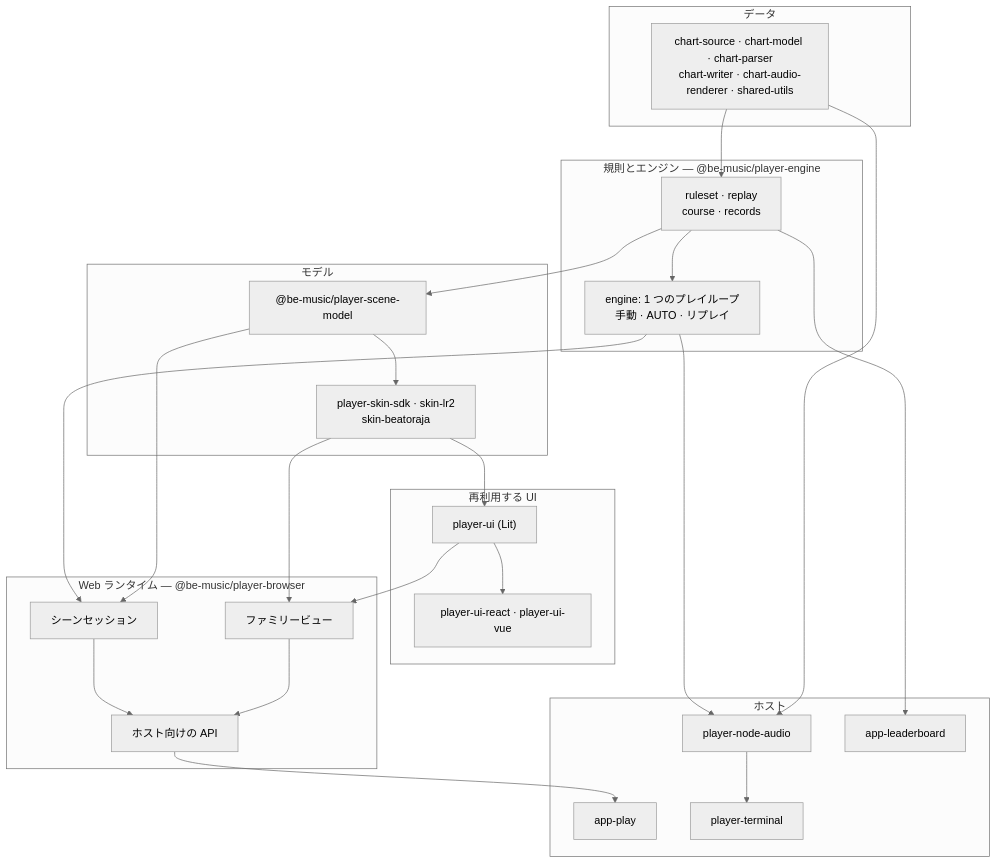
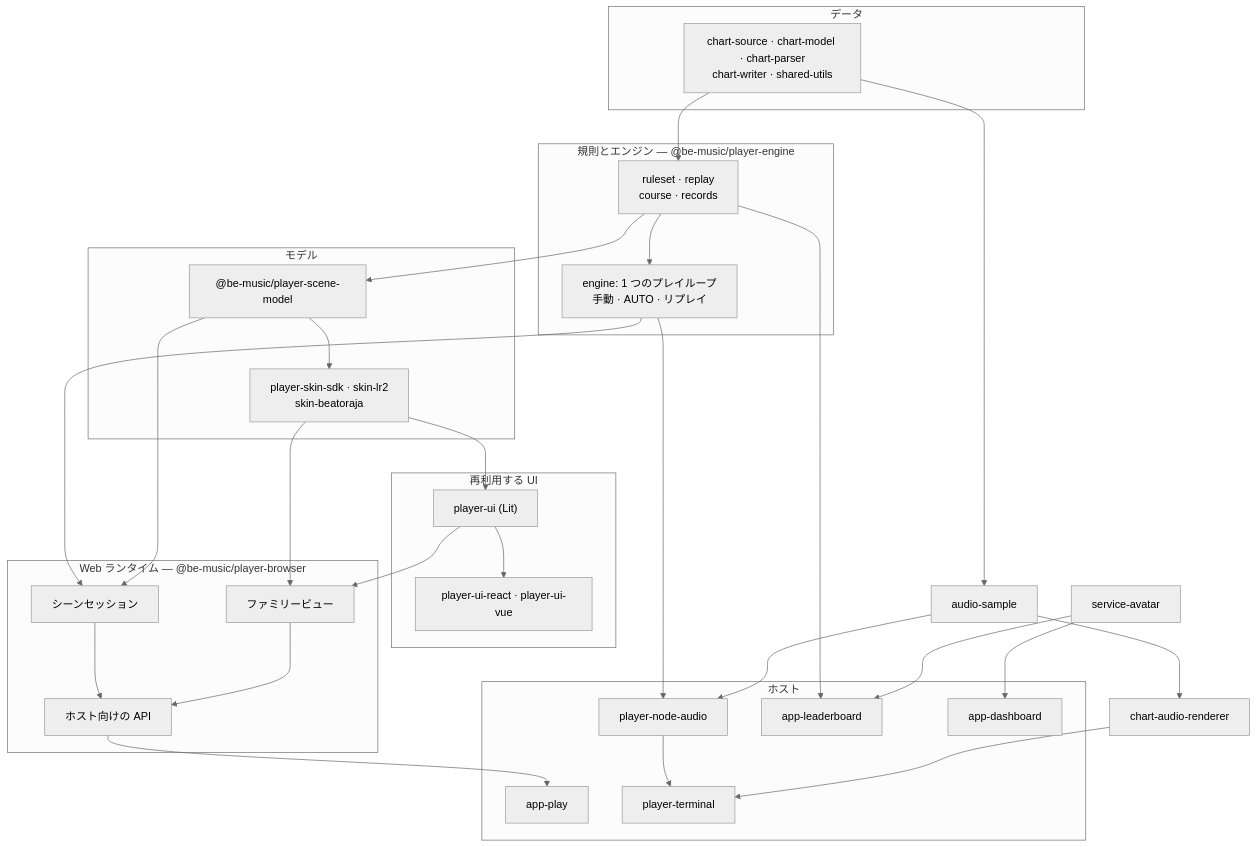
One commit to nulltask/be-music changed the third of 3 diagrams in docs/architecture.ja.md. Above: the diagram before and after it, drawn with Mermaid (neutral theme). The commit also changed other lines of this file and 55 other files, not shown here.

Commit message:
feat: extract shared avatar and audio sample packages

````diff
--- a/docs/architecture.ja.md
+++ b/docs/architecture.ja.md
@@ -183,44 +183,48 @@
 ```mermaid
 flowchart TD
   subgraph data["データ"]
-    d["chart-source · chart-model · chart-parser<br/>chart-writer · chart-audio-renderer · shared-utils"]
+    d["chart-source · chart-model · chart-parser<br/>chart-writer · shared-utils"]
   end
   subgraph domain["規則とエンジン — @be-music/player-engine"]
     rules["ruleset · replay<br/>course · records"]
     engine["engine: 1 つのプレイループ<br/>手動 · AUTO · リプレイ"]
   end
   subgraph models["モデル"]
     scene["@be-music/player-scene-model"]
     skins["player-skin-sdk · skin-lr2<br/>skin-beatoraja"]
   end
   subgraph presentation["再利用する UI"]
     ui["player-ui (Lit)"]
     wrappers["player-ui-react · player-ui-vue"]
   end
 
   subgraph web["Web ランタイム — @be-music/player-browser"]
     sessions["シーンセッション"]
     views["ファミリービュー"]
     hostApi["ホスト向けの API"]
   end
   subgraph hosts["ホスト"]
     player["app-play"]
     tui["player-terminal"]
     nodeaudio["player-node-audio"]
     lb["app-leaderboard"]
+    dashboard["app-dashboard"]
   end
 
   d --> rules --> engine
   rules --> scene --> skins
   engine --> sessions
   scene --> sessions
   skins --> views
   skins --> ui --> views
   ui --> wrappers
   sessions --> hostApi
   views --> hostApi
   hostApi --> player
   engine --> nodeaudio --> tui
-  d --> nodeaudio
+  d --> sample["audio-sample"] --> nodeaudio
+  sample --> renderer["chart-audio-renderer"] --> tui
   rules --> lb
+  avatar["service-avatar"] --> lb
+  avatar --> dashboard
 ```
````
